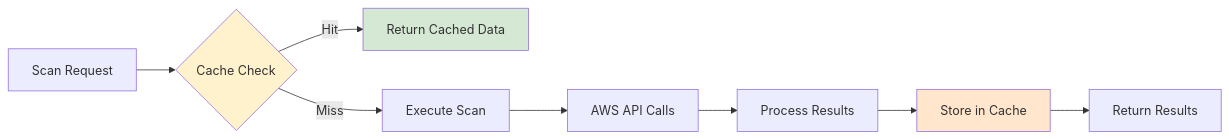
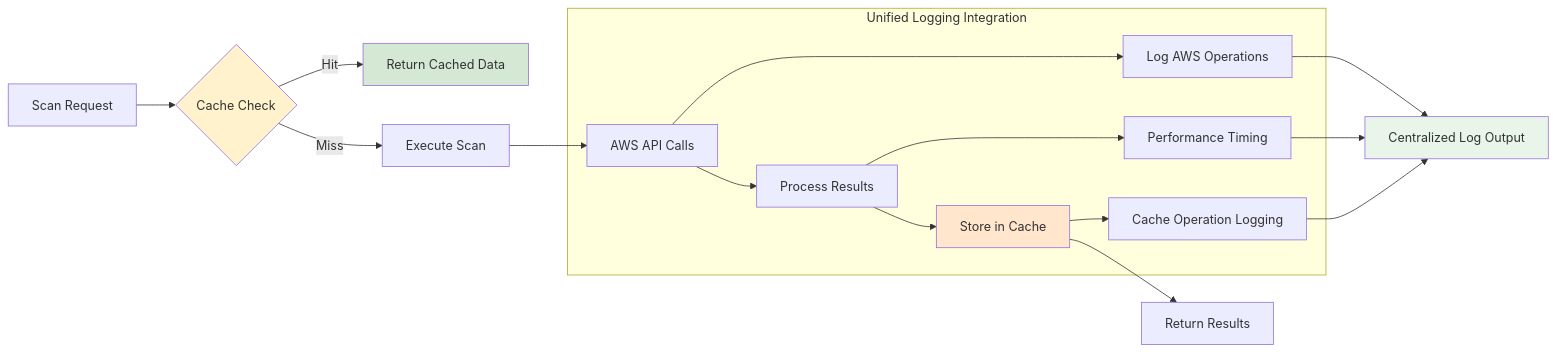
One commit to ishuar/aws-resource-scanner changed the fifth of 6 diagrams in docs/aws-scanner-book.md. Above: the diagram before and after it, drawn with Mermaid. The commit also changed other lines of this file and 5 other files, not shown here.

````diff
--- a/docs/aws-scanner-book.md
+++ b/docs/aws-scanner-book.md
@@ -631,14 +1000,25 @@
 ```mermaid
 graph LR
     A[Scan Request] --> B{Cache Check}
     B -->|Hit| C[Return Cached Data]
     B -->|Miss| D[Execute Scan]
     D --> E[AWS API Calls]
     E --> F[Process Results]
     F --> G[Store in Cache]
     G --> H[Return Results]
 
+    subgraph "Unified Logging Integration"
+        E --> I[Log AWS Operations]
+        F --> J[Performance Timing]
+        G --> K[Cache Operation Logging]
+    end
+
+    I --> L[Centralized Log Output]
+    J --> L
+    K --> L
+
     style B fill:#fff2cc
     style C fill:#d5e8d4
     style G fill:#ffe6cc
+    style L fill:#e8f5e8
 ```
````
